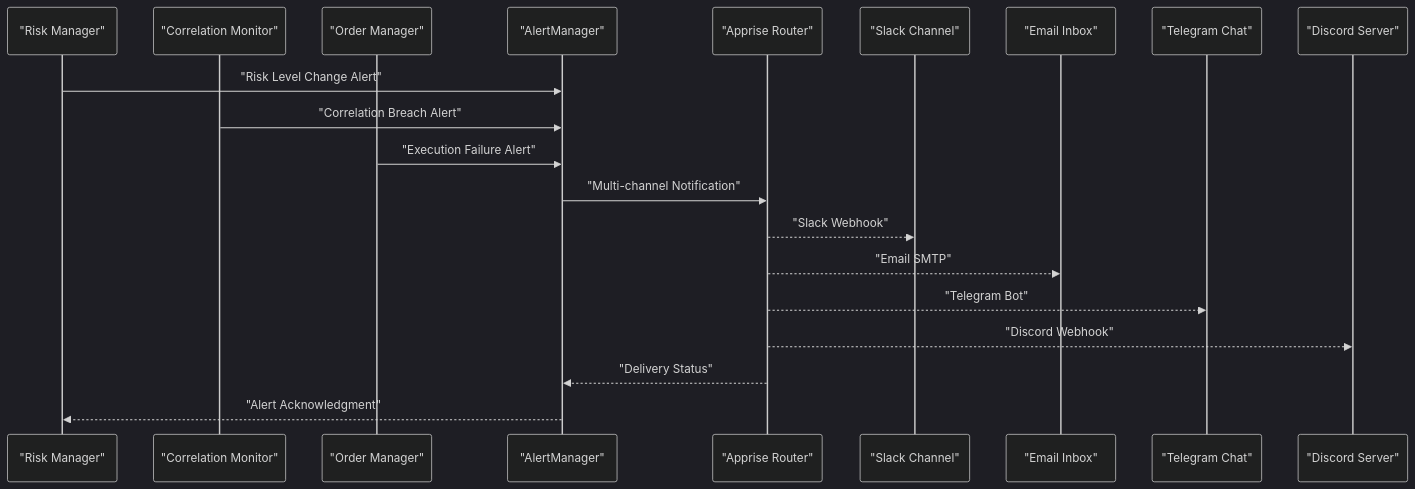
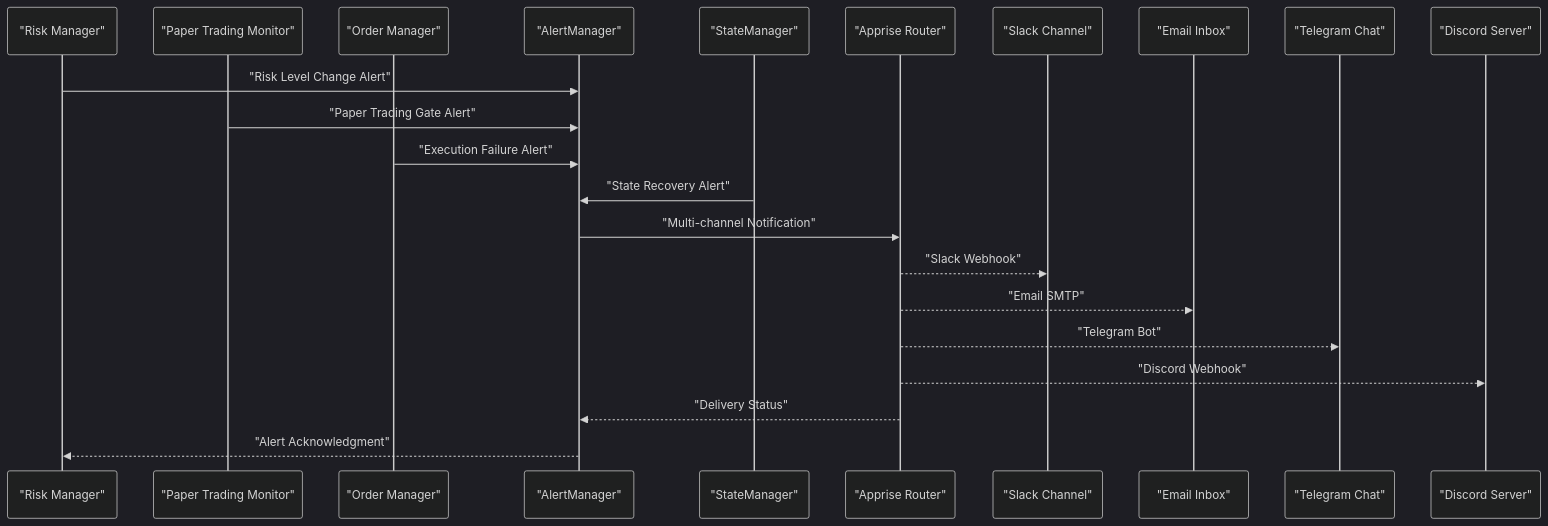
Before and after one commit to guofeng201507/shark-quant-trader: the second of 5 diagrams in .qoder/repowiki/en/content/Monitoring and Alerting.md, drawn with Mermaid (dark theme). The commit also changed other lines of this file and 14 other files, not shown here.

````diff
--- a/.qoder/repowiki/en/content/Monitoring and Alerting.md
+++ b/.qoder/repowiki/en/content/Monitoring and Alerting.md
@@ -92,22 +108,24 @@
 ```mermaid
 sequenceDiagram
 participant RM as "Risk Manager"
-participant CM as "Correlation Monitor"
+participant PM as "Paper Trading Monitor"
 participant OM as "Order Manager"
 participant AM as "AlertManager"
+participant SM as "StateManager"
 participant APP as "Apprise Router"
 participant SL as "Slack Channel"
 participant EM as "Email Inbox"
 participant TG as "Telegram Chat"
 participant DC as "Discord Server"
 RM->>AM : "Risk Level Change Alert"
-CM->>AM : "Correlation Breach Alert"
+PM->>AM : "Paper Trading Gate Alert"
 OM->>AM : "Execution Failure Alert"
+SM->>AM : "State Recovery Alert"
 AM->>APP : "Multi-channel Notification"
 APP-->>SL : "Slack Webhook"
 APP-->>EM : "Email SMTP"
 APP-->>TG : "Telegram Bot"
 APP-->>DC : "Discord Webhook"
 APP-->>AM : "Delivery Status"
 AM-->>RM : "Alert Acknowledgment"
 ```
````
